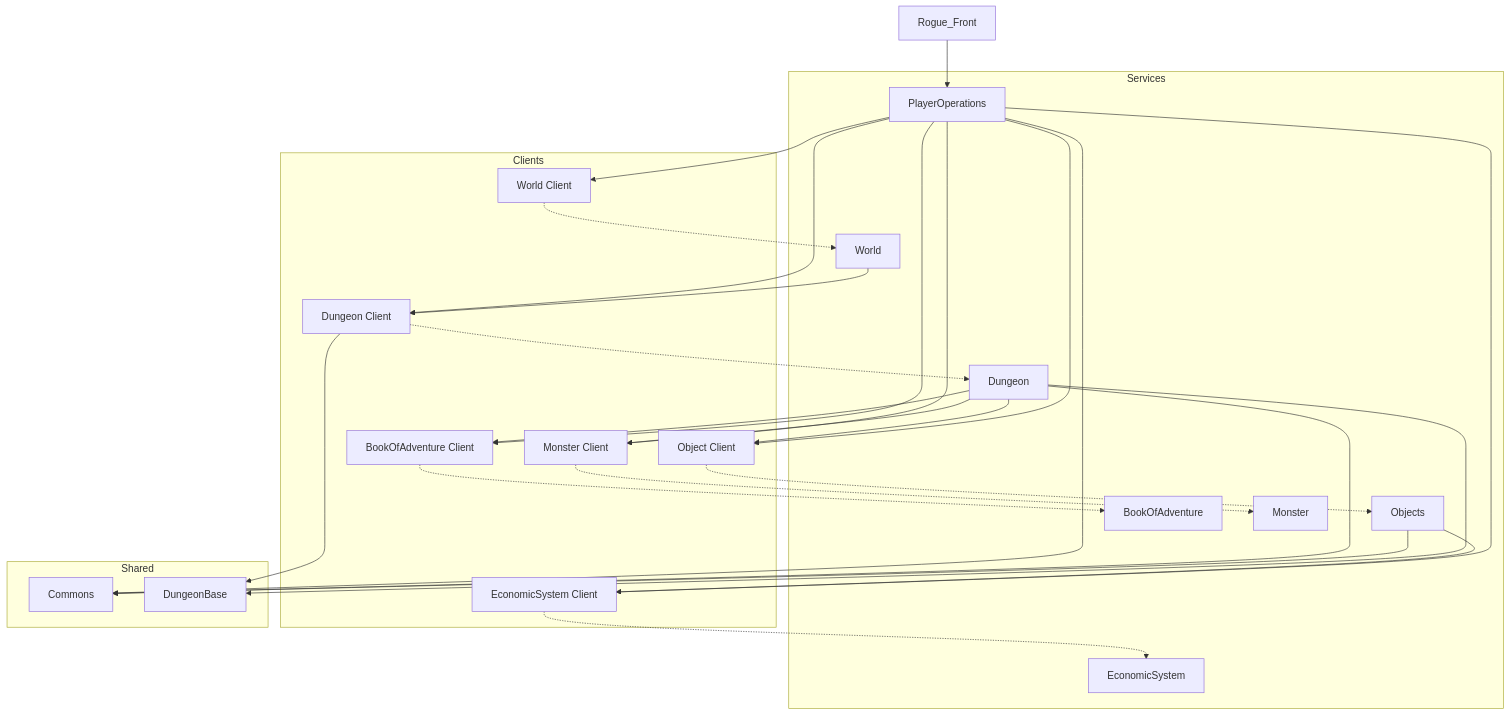
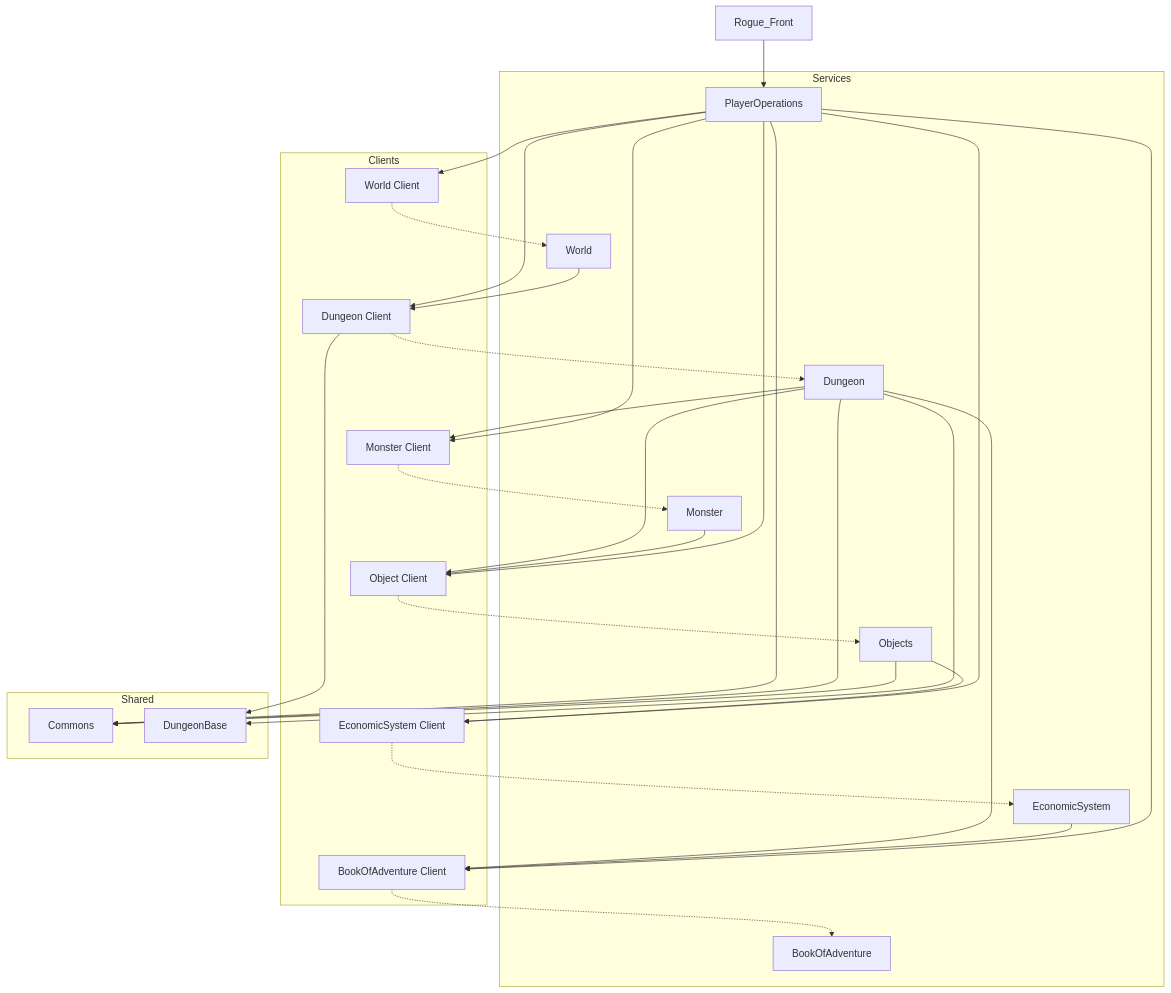
The first of 5 diagrams in docs/features/Components.md (yamanakahirofumi/rogueb), drawn with Mermaid before and after one commit. The commit also changed other lines of this file and 5 other files, not shown here.

````diff
--- a/docs/features/Components.md
+++ b/docs/features/Components.md
@@ -81,67 +81,73 @@
 ```mermaid
 graph TD
     subgraph Services
         Dungeon
         World
         Objects
         BFF["PlayerOperations"]
         BookOfAdventure
         Monster
         EconomicSystem
     end
 
     subgraph Clients
         DungeonClient["Dungeon Client"]
         WorldClient["World Client"]
         ObjectsClient["Object Client"]
         BookOfAdventureClient["BookOfAdventure Client"]
         MonsterClient["Monster Client"]
         EconomicSystemClient["EconomicSystem Client"]
     end
 
     subgraph Shared
         Commons
         DungeonBase
     end
     
     Rogue_Front --> BFF
 
 %% 冒険の書周り
 %% なし
 
 %% ダンジョン周り
     Dungeon --> BookOfAdventureClient
     Dungeon --> ObjectsClient
     Dungeon --> MonsterClient
 
 %% Objects
     Objects --> EconomicSystemClient
 
+%% Monster
+    Monster --> ObjectsClient
+
+%% EconomicSystem
+    EconomicSystem --> BookOfAdventureClient
+
 %% BFF PlayerOperations
     BFF --> ObjectsClient
     BFF --> BookOfAdventureClient
     BFF --> DungeonClient
     BFF --> WorldClient
     BFF --> MonsterClient
     BFF --> EconomicSystemClient
 
 %% World
     World --> DungeonClient
 
 %% クライアント -> サービス
     DungeonClient -.-> Dungeon
     ObjectsClient -.-> Objects
     BookOfAdventureClient -.-> BookOfAdventure
     WorldClient -.-> World
     MonsterClient -.-> Monster
     EconomicSystemClient -.-> EconomicSystem
 
 %% 共有ライブラリ依存
     BFF --> Commons
     Dungeon --> DungeonBase
     Dungeon --> Commons
     DungeonClient --> DungeonBase
     Objects --> Commons
     
 
 ```
````
